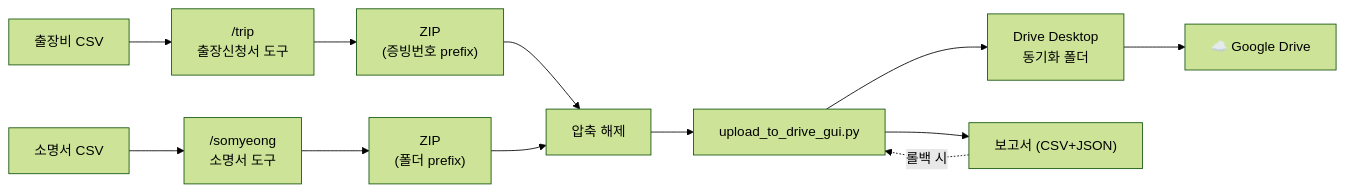
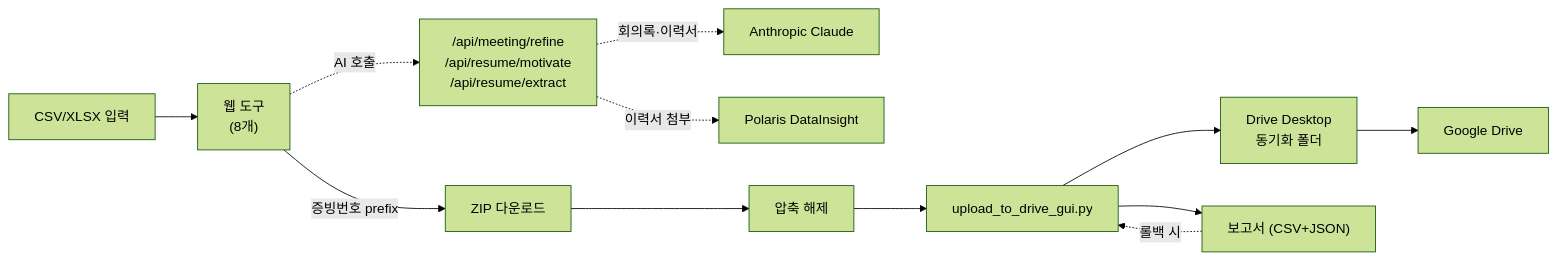
One commit to jaehyunlee-iportfolio/school-team-fighting changed the first of 4 diagrams in README.md. Above: the diagram before and after it, drawn with Mermaid (forest theme). The commit also changed other lines of this file, not shown here.

````diff
--- a/README.md
+++ b/README.md
@@ -69,14 +149,14 @@
 ```mermaid
 flowchart LR
-    CSV1["출장비 CSV"] --> Trip["/trip<br/>출장신청서 도구"]
-    CSV2["소명서 CSV"] --> Som["/somyeong<br/>소명서 도구"]
-    Trip --> ZIP1["ZIP<br/>(증빙번호 prefix)"]
-    Som --> ZIP2["ZIP<br/>(폴더 prefix)"]
-    ZIP1 --> Unzip["압축 해제"]
-    ZIP2 --> Unzip
+    CSV1["CSV/XLSX 입력"] --> Web["웹 도구<br/>(8개)"]
+    Web -->|증빙번호 prefix| ZIP["ZIP 다운로드"]
+    Web -.AI 호출.-> API["/api/meeting/refine<br/>/api/resume/motivate<br/>/api/resume/extract"]
+    API -.회의록·이력서.-> Claude["Anthropic Claude"]
+    API -.이력서 첨부.-> Polaris["Polaris DataInsight"]
+    ZIP --> Unzip["압축 해제"]
     Unzip --> Py["upload_to_drive_gui.py"]
     Py --> Drive["Drive Desktop<br/>동기화 폴더"]
-    Drive --> Cloud["☁️ Google Drive"]
+    Drive --> Cloud["Google Drive"]
     Py --> Report["보고서 (CSV+JSON)"]
     Report -.롤백 시.-> Py
 ```
````
